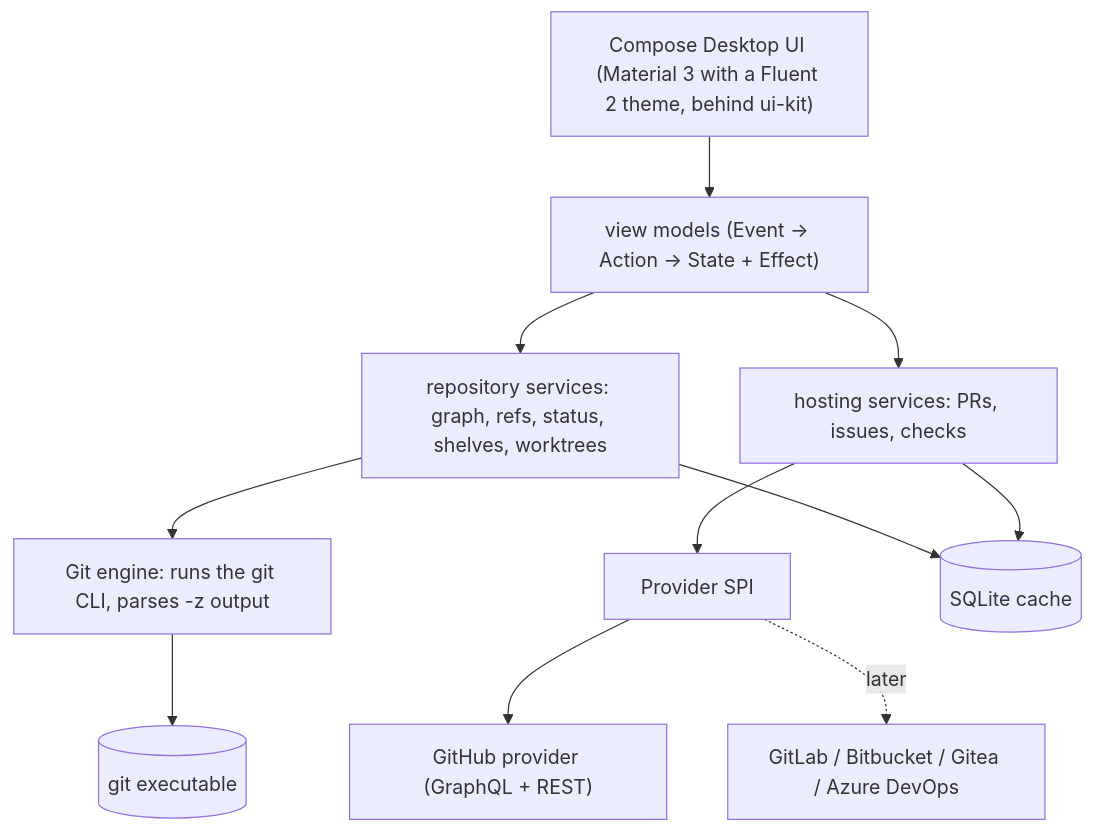
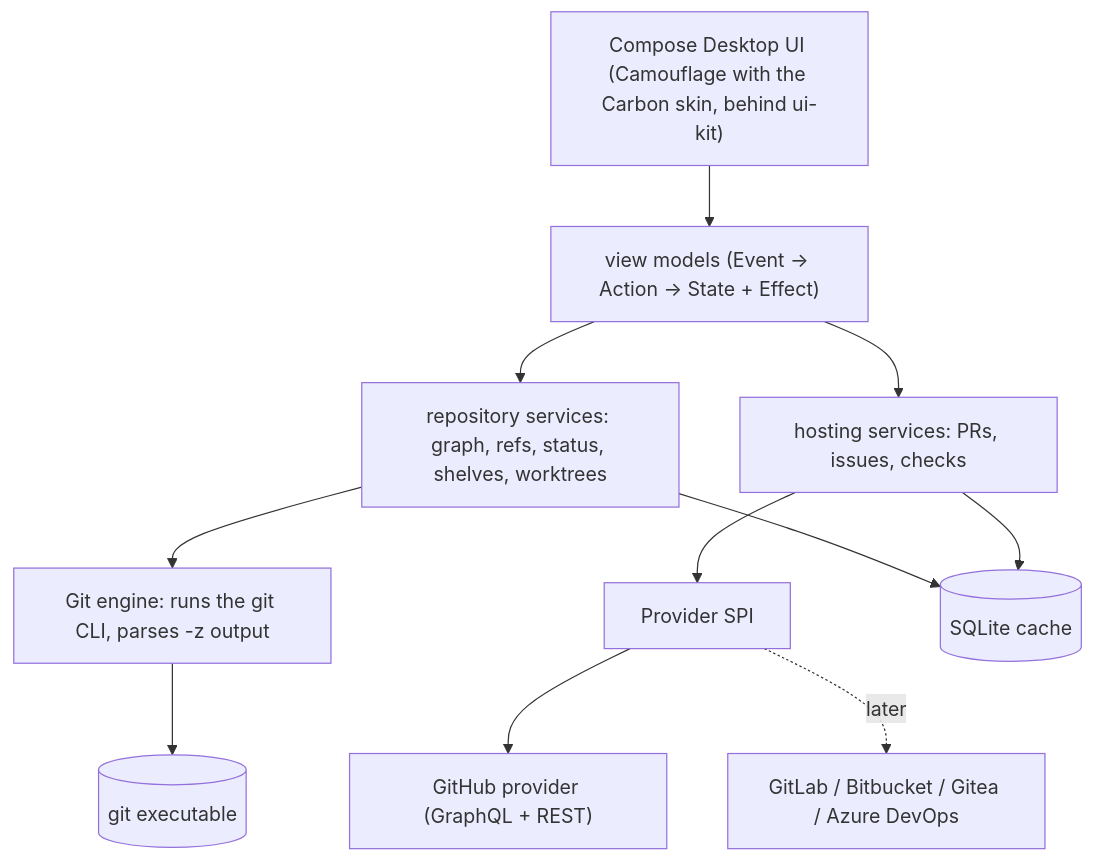
Before and after one commit to srctool/graft: the diagram in docs/design/00 - Overview.md, drawn with Mermaid. The commit also changed other lines of this file and 18 other files, not shown here.

First line of the commit message:
docs: adopt Camouflage's Carbon skin with Atom One colors (ADR-22)

````diff
--- a/docs/design/00 - Overview.md
+++ b/docs/design/00 - Overview.md
@@ -68,13 +68,13 @@
 ```mermaid
 flowchart TB
-    UI["Compose Desktop UI (Material 3 with a Fluent 2 theme, behind ui-kit)"] --> VM["view models (Event → Action → State + Effect)"]
+    UI["Compose Desktop UI (Camouflage with the Carbon skin, behind ui-kit)"] --> VM["view models (Event → Action → State + Effect)"]
     VM --> REPO["repository services: graph, refs, status, shelves, worktrees"]
     VM --> HOST["hosting services: PRs, issues, checks"]
     REPO --> ENG["Git engine: runs the git CLI, parses -z output"]
     HOST --> PROV["Provider SPI"]
     PROV --> GH["GitHub provider (GraphQL + REST)"]
     PROV -.later.-> GL["GitLab / Bitbucket / Gitea / Azure DevOps"]
     ENG --> GIT[("git executable")]
     REPO --> CACHE[("SQLite cache")]
     HOST --> CACHE
 ```
````
